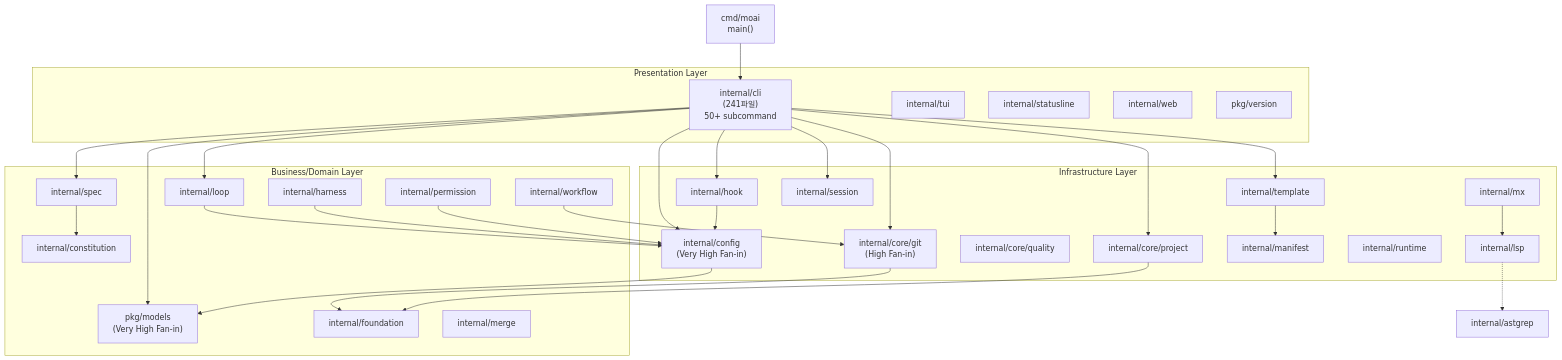
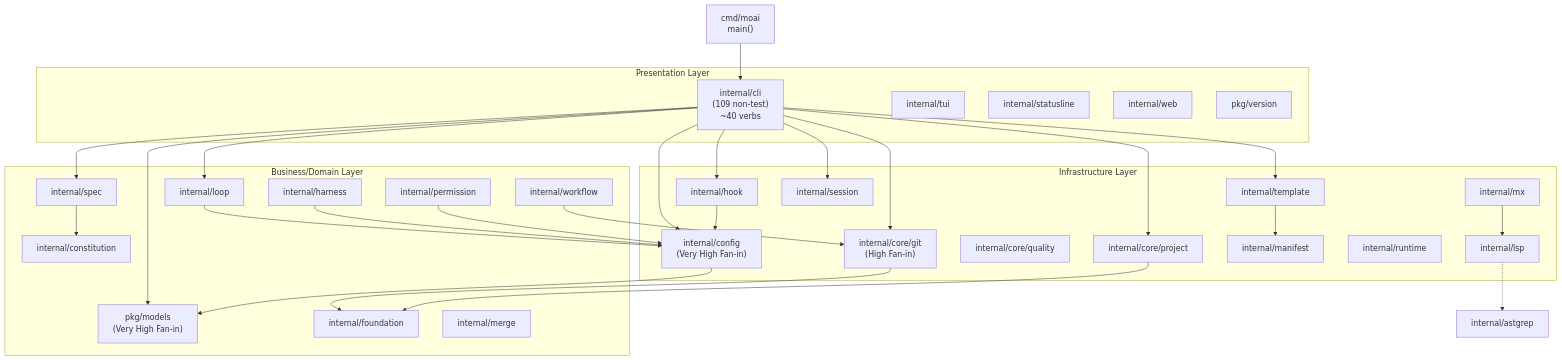
One commit to modu-ai/moai-adk changed the diagram in .moai/project/codemaps/dependencies.md. Above: the diagram before and after it, drawn with Mermaid. The commit also changed other lines of this file and 8 other files, not shown here.

````diff
--- a/.moai/project/codemaps/dependencies.md
+++ b/.moai/project/codemaps/dependencies.md
@@ -12,62 +12,62 @@
 ```mermaid
 graph TD
     cmd["cmd/moai<br/>main()"]
     
     subgraph P["Presentation Layer"]
-        cli["internal/cli<br/>(241파일)<br/>50+ subcommand"]
+        cli["internal/cli<br/>(109 non-test)<br/>~40 verbs"]
         tui["internal/tui"]
         statusline["internal/statusline"]
         web["internal/web"]
         version["pkg/version"]
     end
     
     subgraph B["Business/Domain Layer"]
         models["pkg/models<br/>(Very High Fan-in)"]
         foundation["internal/foundation"]
         spec["internal/spec"]
         workflow["internal/workflow"]
         loop["internal/loop"]
         harness["internal/harness"]
         permission["internal/permission"]
         constitution["internal/constitution"]
         merge["internal/merge"]
     end
     
     subgraph I["Infrastructure Layer"]
         coreGit["internal/core/git<br/>(High Fan-in)"]
         coreProject["internal/core/project"]
         coreQuality["internal/core/quality"]
         template["internal/template"]
         config["internal/config<br/>(Very High Fan-in)"]
         manifest["internal/manifest"]
         hook["internal/hook"]
         runtime["internal/runtime"]
         session["internal/session"]
         lsp["internal/lsp"]
         mx["internal/mx"]
     end
     
     cmd --> cli
     cli --> models
     cli --> config
     cli --> hook
     cli --> template
     cli --> session
     cli --> spec
     cli --> loop
     cli --> coreGit
     cli --> coreProject
     
     config --> models
     template --> manifest
     spec --> constitution
     hook --> config
     workflow --> coreGit
     loop --> config
     harness --> config
     permission --> config
     coreGit --> foundation
     coreProject --> foundation
     lsp -.-> astgrep["internal/astgrep"]
     mx --> lsp
 ```
````
